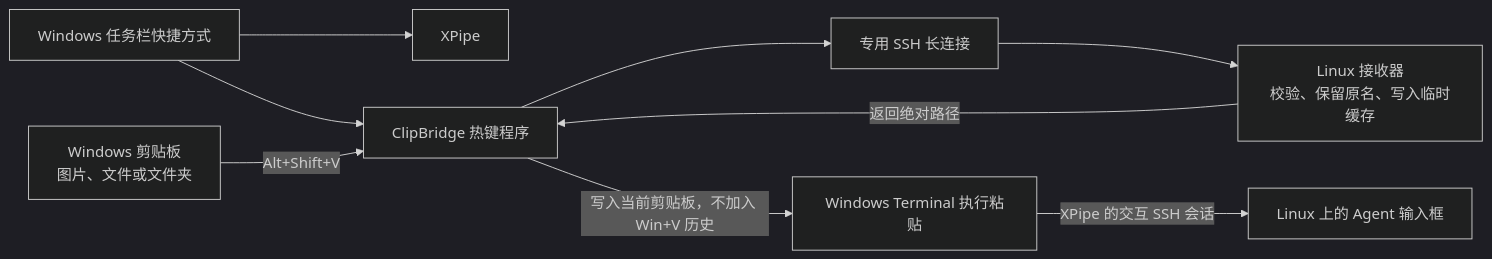
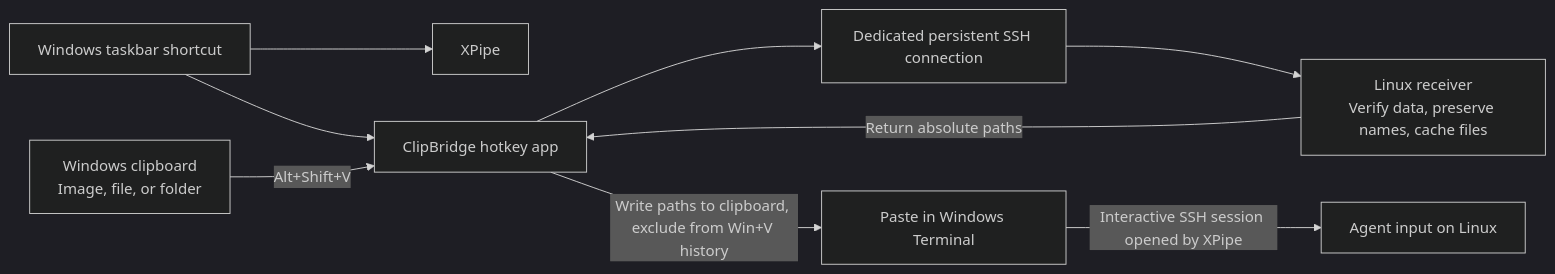
One commit to NewbieToEverything/clip-win-linux changed the diagram in README.md. Above: the diagram before and after it, drawn with Mermaid (dark theme). The commit also changed other lines of this file and 2 other files, not shown here.

````diff
--- a/README.md
+++ b/README.md
@@ -9,11 +9,11 @@
 ```mermaid
 flowchart LR
-    P["Windows 任务栏快捷方式"] --> X["XPipe"]
-    P --> H["ClipBridge 热键程序"]
-    C["Windows 剪贴板<br/>图片、文件或文件夹"] -->|"Alt+Shift+V"| H
-    H --> S["专用 SSH 长连接"]
-    S --> L["Linux 接收器<br/>校验、保留原名、写入临时缓存"]
-    L -->|"返回绝对路径"| H
-    H -->|"写入当前剪贴板，不加入 Win+V 历史"| V["Windows Terminal 执行粘贴"]
-    V -->|"XPipe 的交互 SSH 会话"| A["Linux 上的 Agent 输入框"]
+    P["Windows taskbar shortcut"] --> X["XPipe"]
+    P --> H["ClipBridge hotkey app"]
+    C["Windows clipboard<br/>Image, file, or folder"] -->|"Alt+Shift+V"| H
+    H --> S["Dedicated persistent SSH connection"]
+    S --> L["Linux receiver<br/>Verify data, preserve names, cache files"]
+    L -->|"Return absolute paths"| H
+    H -->|"Write paths to clipboard, exclude from Win+V history"| V["Paste in Windows Terminal"]
+    V -->|"Interactive SSH session opened by XPipe"| A["Agent input on Linux"]
 ```
````
